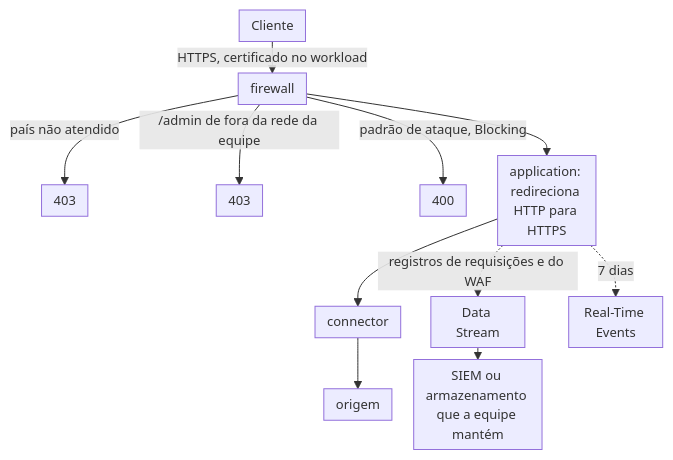
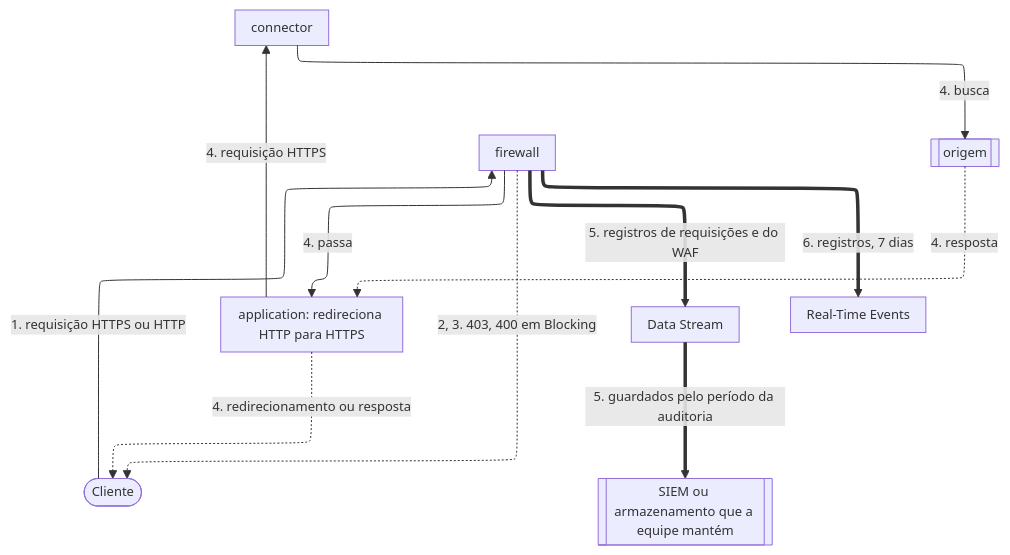
The diagram in apps/docs/src/content/docs/pt-br/pages/arquiteturas/compliance/compliance-architecture.mdx (aziontech/docs), drawn with Mermaid before and after one commit. The commit also changed other lines of this file and 179 other files, not shown here.

Commit message:
docs(diagrams): redraw every other diagram in the use-case diagram style (#2513)

````diff
--- a/apps/docs/src/content/docs/pt-br/pages/arquiteturas/compliance/compliance-architecture.mdx
+++ b/apps/docs/src/content/docs/pt-br/pages/arquiteturas/compliance/compliance-architecture.mdx
@@ -18,14 +20,22 @@
 ```mermaid
-%%{init: {"layout": "dagre", "themeVariables": {"fontSize": "13px"}, "flowchart": {"nodeSpacing": 12, "rankSpacing": 12, "padding": 6, "wrappingWidth": 70, "minNodeWidth": 40, "useMaxWidth": true}}}%%
+%%{init: {"layout": "elk", "elk": {"cycleBreakingStrategy": "MODEL_ORDER"}, "themeVariables": {"fontSize": "13px"}, "flowchart": {"nodeSpacing": 24, "rankSpacing": 36, "padding": 8, "wrappingWidth": 150, "useMaxWidth": true}, "sequence": {"width": 120, "actorMargin": 30, "useMaxWidth": true}}}%%
 flowchart TD
-  Client["Cliente"] -->|"HTTPS, certificado no workload"| FW["firewall"]
-  FW -->|"país não atendido"| D1["403"]
-  FW -->|"/admin de fora da rede da equipe"| D2["403"]
-  FW -->|"padrão de ataque, Blocking"| D3["400"]
-  FW --> App["application: redireciona HTTP para HTTPS"]
-  App --> Conn["connector"]
-  Conn --> Origin["origem"]
-  App -.->|"registros de requisições e do WAF"| DS["Data Stream"]
-  DS --> Dest["SIEM ou armazenamento que a equipe mantém"]
-  App -.->|"7 dias"| RTE["Real-Time Events"]
+  Client(["Cliente"])
+  FW["firewall"]
+  App["application: redireciona HTTP para HTTPS"]
+  Conn["connector"]
+  Origin[["origem"]]
+  DS["Data Stream"]
+  Dest[["SIEM ou armazenamento que a equipe mantém"]]
+  RTE["Real-Time Events"]
+  Client -->|"1. requisição HTTPS ou HTTP"| FW
+  FW -->|"4. passa"| App
+  App -->|"4. requisição HTTPS"| Conn
+  Conn -->|"4. busca"| Origin
+  Origin -.->|"4. resposta"| App
+  App -.->|"4. redirecionamento ou resposta"| Client
+  FW -.->|"2, 3. 403, 400 em Blocking"| Client
+  FW ==>|"5. registros de requisições e do WAF"| DS
+  DS ==>|"5. guardados pelo período da auditoria"| Dest
+  FW ==>|"6. registros, 7 dias"| RTE
 ```
````
